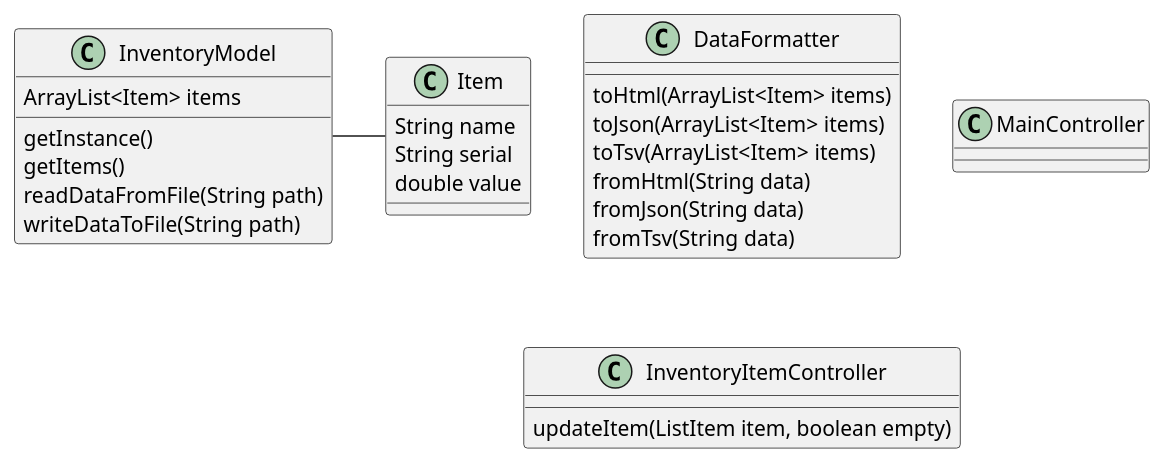
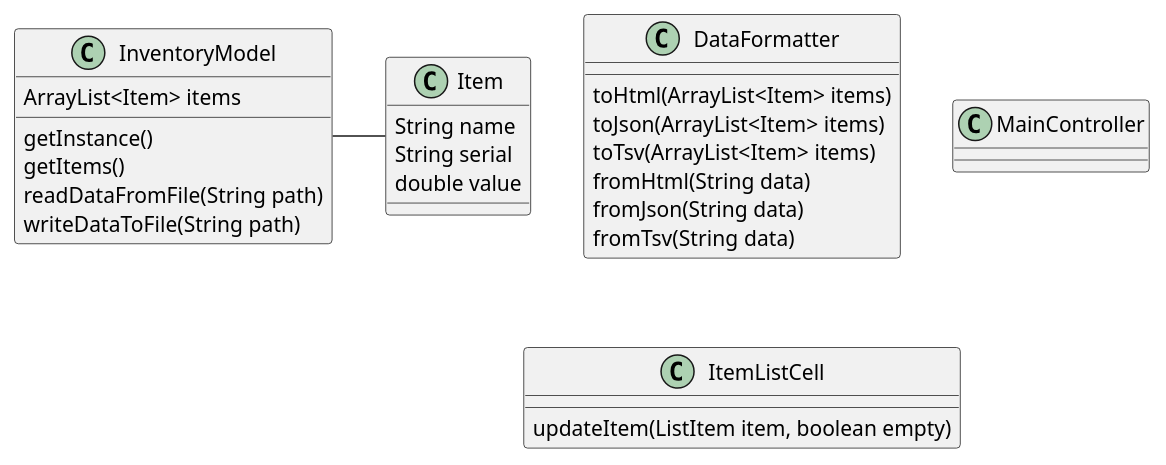
Before and after one commit to rydohg/cop3330-InventoryApp: the diagram in uml/InventoryApp.puml, drawn with PlantUML. The commit also changed 5 other files, not shown here.

```diff
--- a/uml/InventoryApp.puml
+++ b/uml/InventoryApp.puml
@@ -1,34 +1,34 @@
 @startuml
 class InventoryModel {
     ArrayList<Item> items
     getInstance()
     getItems()
     readDataFromFile(String path)
     writeDataToFile(String path)
 }
 
 class Item {
     String name
     String serial
     double value
 }
 
 class DataFormatter {
     toHtml(ArrayList<Item> items)
     toJson(ArrayList<Item> items)
     toTsv(ArrayList<Item> items)
     fromHtml(String data)
     fromJson(String data)
     fromTsv(String data)
 }
 
 class MainController {
 
 }
 
-class InventoryItemController {
+class ItemListCell {
     updateItem(ListItem item, boolean empty)
 }
 
 InventoryModel - Item
 @enduml
```
